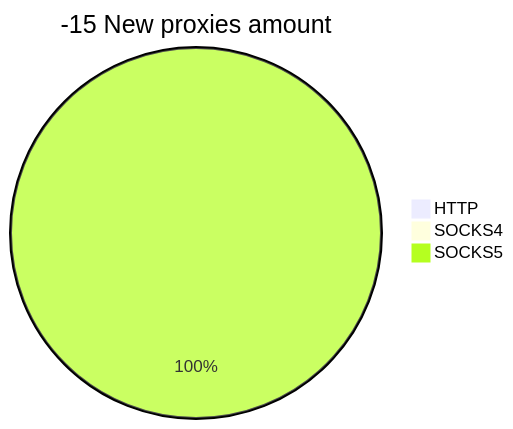
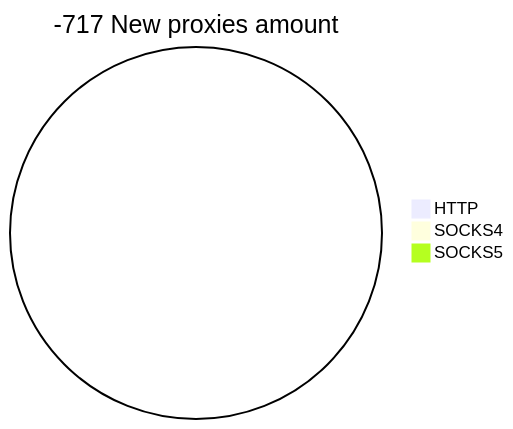
Before and after one commit to cutipu/proxylist: the second of 2 diagrams in README.md, drawn with Mermaid. The commit also changed other lines of this file, not shown here.

````diff
--- a/README.md
+++ b/README.md
@@ -10,6 +10,6 @@
 ```mermaid
-pie title -15 New proxies amount
+pie title -717 New proxies amount
     "HTTP" : 0
     "SOCKS4" : 0
-    "SOCKS5" : 2
+    "SOCKS5" : 0
 ```
````
